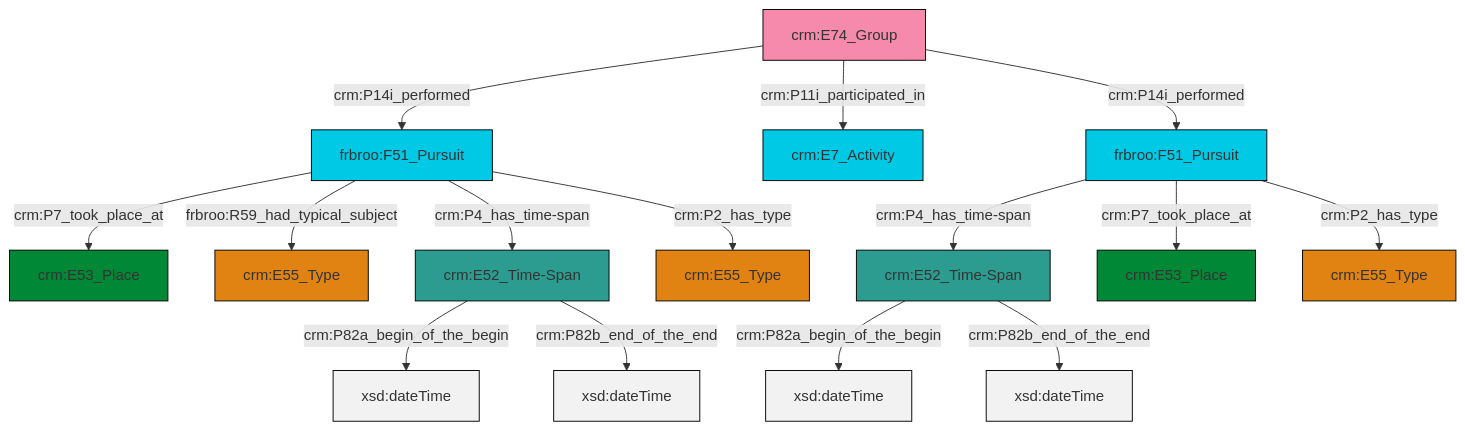
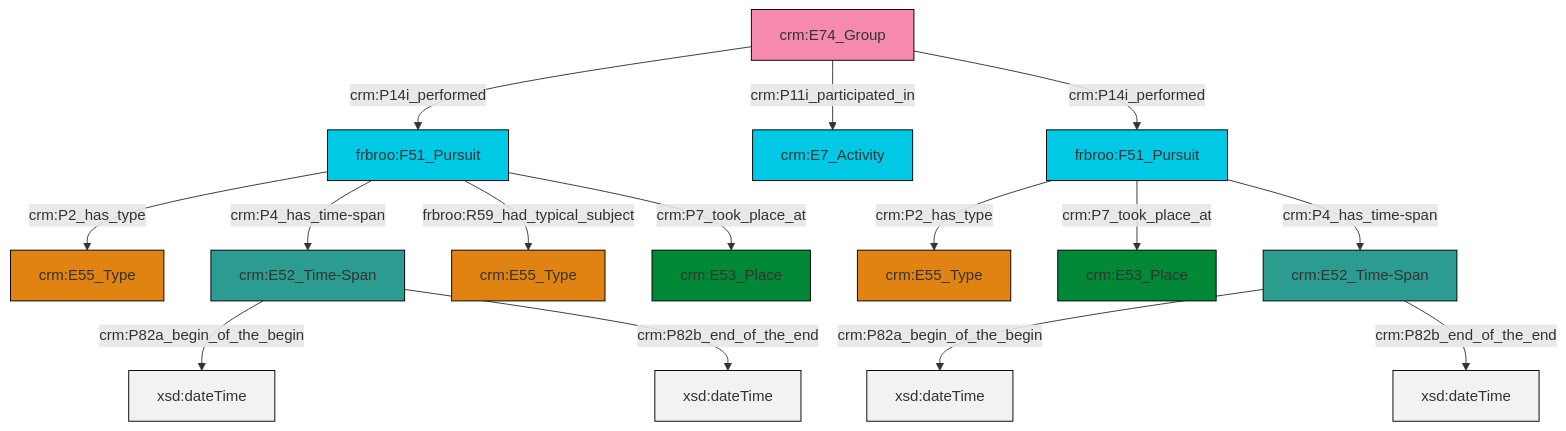
Before and after one commit to swiss-art-research-net/reference-data-models: the diagram in et/groupCSV/ttl/mmd/group_events.ttl.mmd, drawn with Mermaid. The commit also changed 126 other files, not shown here.

```diff
--- a/et/groupCSV/ttl/mmd/group_events.ttl.mmd
+++ b/et/groupCSV/ttl/mmd/group_events.ttl.mmd
@@ -1,29 +1,29 @@
 graph TD
 classDef Literal fill:#f2f2f2,stroke:#000000;
 classDef CRM_Entity fill:#FFFFFF,stroke:#000000;
 classDef Temporal_Entity fill:#00C9E6, stroke:#000000;
 classDef Type fill:#E18312, stroke:#000000;
 classDef Time-Span fill:#2C9C91, stroke:#000000;
 classDef Appellation fill:#FFEB7F, stroke:#000000;
 classDef Place fill:#008836, stroke:#000000;
 classDef Persistent_Item fill:#B266B2, stroke:#000000;
 classDef Conceptual_Object fill:#FFD700, stroke:#000000;
 classDef Physical_Thing fill:#D2B48C, stroke:#000000;
 classDef Actor fill:#f58aad, stroke:#000000;
 classDef PC_Classes fill:#4ce600, stroke:#000000;
 classDef Multi fill:#cccccc,stroke:#000000;
 
-0["frbroo:F51_Pursuit"]:::Temporal_Entity -->|crm:P4_has_time-span| 1["crm:E52_Time-Span"]:::Time-Span
-4["crm:E52_Time-Span"]:::Time-Span -->|crm:P82a_begin_of_the_begin| 5[xsd:dateTime]:::Literal
-0["frbroo:F51_Pursuit"]:::Temporal_Entity -->|crm:P7_took_place_at| 2["crm:E53_Place"]:::Place
-9["frbroo:F51_Pursuit"]:::Temporal_Entity -->|crm:P7_took_place_at| 7["crm:E53_Place"]:::Place
-1["crm:E52_Time-Span"]:::Time-Span -->|crm:P82a_begin_of_the_begin| 13[xsd:dateTime]:::Literal
-9["frbroo:F51_Pursuit"]:::Temporal_Entity -->|frbroo:R59_had_typical_subject| 14["crm:E55_Type"]:::Type
-20["crm:E74_Group"]:::Actor -->|crm:P14i_performed| 9["frbroo:F51_Pursuit"]:::Temporal_Entity
-20["crm:E74_Group"]:::Actor -->|crm:P11i_participated_in| 21["crm:E7_Activity"]:::Temporal_Entity
-9["frbroo:F51_Pursuit"]:::Temporal_Entity -->|crm:P4_has_time-span| 4["crm:E52_Time-Span"]:::Time-Span
-4["crm:E52_Time-Span"]:::Time-Span -->|crm:P82b_end_of_the_end| 22[xsd:dateTime]:::Literal
-0["frbroo:F51_Pursuit"]:::Temporal_Entity -->|crm:P2_has_type| 10["crm:E55_Type"]:::Type
-9["frbroo:F51_Pursuit"]:::Temporal_Entity -->|crm:P2_has_type| 18["crm:E55_Type"]:::Type
-1["crm:E52_Time-Span"]:::Time-Span -->|crm:P82b_end_of_the_end| 26[xsd:dateTime]:::Literal
-20["crm:E74_Group"]:::Actor -->|crm:P14i_performed| 0["frbroo:F51_Pursuit"]:::Temporal_Entity
+0["crm:E52_Time-Span"]:::Time-Span -->|crm:P82a_begin_of_the_begin| 1[xsd:dateTime]:::Literal
+4["frbroo:F51_Pursuit"]:::Temporal_Entity -->|crm:P2_has_type| 2["crm:E55_Type"]:::Type
+5["frbroo:F51_Pursuit"]:::Temporal_Entity -->|crm:P2_has_type| 6["crm:E55_Type"]:::Type
+5["frbroo:F51_Pursuit"]:::Temporal_Entity -->|crm:P4_has_time-span| 0["crm:E52_Time-Span"]:::Time-Span
+5["frbroo:F51_Pursuit"]:::Temporal_Entity -->|frbroo:R59_had_typical_subject| 9["crm:E55_Type"]:::Type
+11["crm:E74_Group"]:::Actor -->|crm:P14i_performed| 5["frbroo:F51_Pursuit"]:::Temporal_Entity
+11["crm:E74_Group"]:::Actor -->|crm:P11i_participated_in| 14["crm:E7_Activity"]:::Temporal_Entity
+4["frbroo:F51_Pursuit"]:::Temporal_Entity -->|crm:P7_took_place_at| 15["crm:E53_Place"]:::Place
+5["frbroo:F51_Pursuit"]:::Temporal_Entity -->|crm:P7_took_place_at| 12["crm:E53_Place"]:::Place
+7["crm:E52_Time-Span"]:::Time-Span -->|crm:P82a_begin_of_the_begin| 21[xsd:dateTime]:::Literal
+4["frbroo:F51_Pursuit"]:::Temporal_Entity -->|crm:P4_has_time-span| 7["crm:E52_Time-Span"]:::Time-Span
+11["crm:E74_Group"]:::Actor -->|crm:P14i_performed| 4["frbroo:F51_Pursuit"]:::Temporal_Entity
+0["crm:E52_Time-Span"]:::Time-Span -->|crm:P82b_end_of_the_end| 25[xsd:dateTime]:::Literal
+7["crm:E52_Time-Span"]:::Time-Span -->|crm:P82b_end_of_the_end| 27[xsd:dateTime]:::Literal
```
